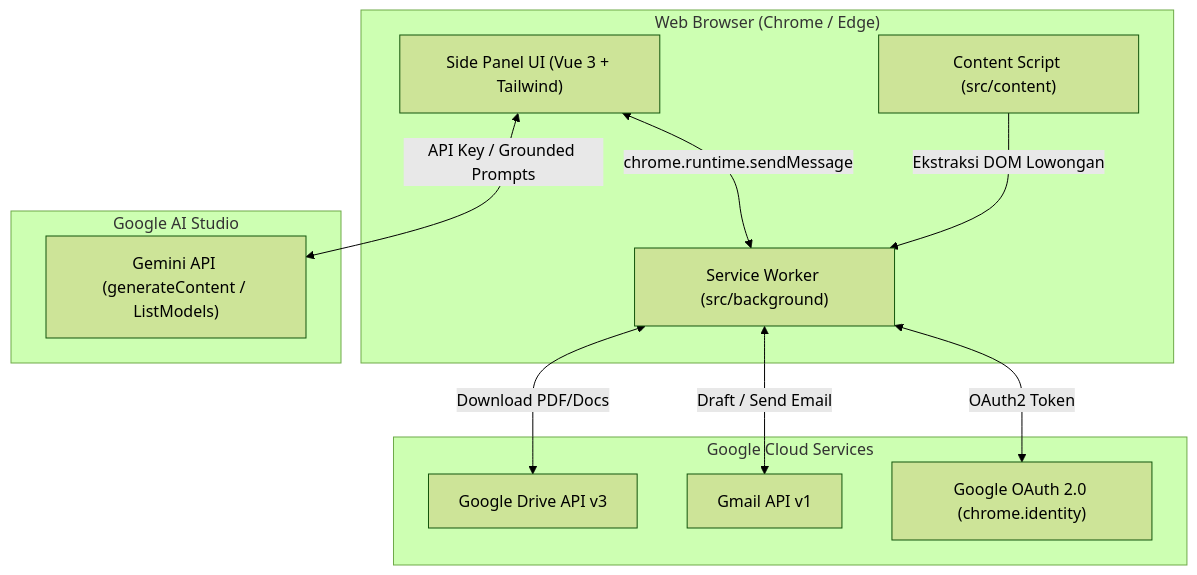
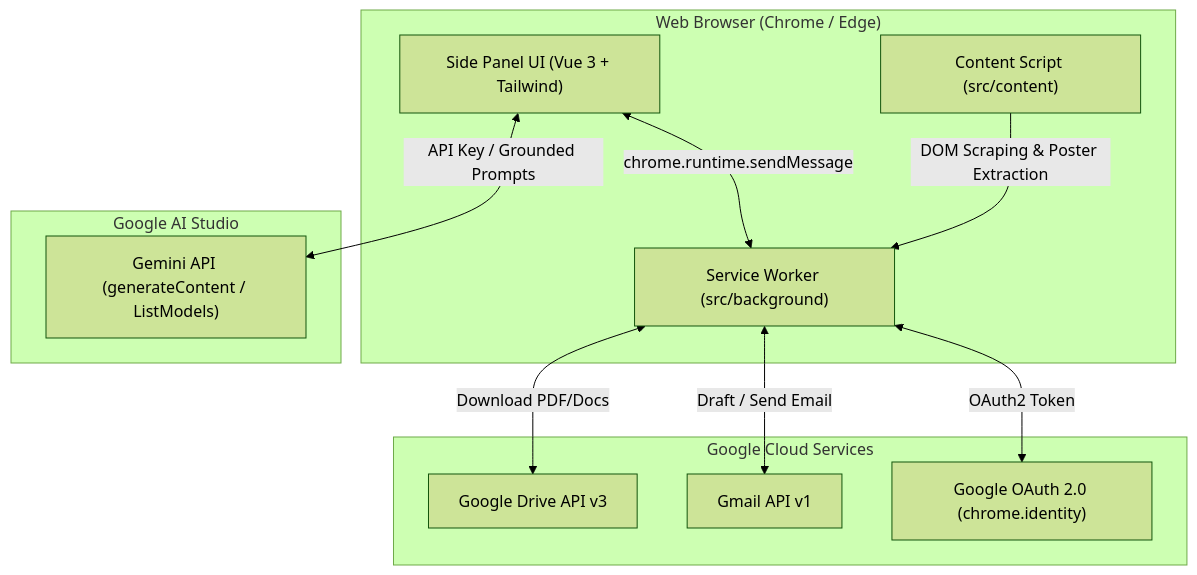
Before and after one commit to IlhamFatahillahR27/job-seek-assistant: the diagram in README.md, drawn with Mermaid (forest theme). The commit also changed other lines of this file and 17 other files, not shown here.

First line of the commit message:
feat: add Instagram scraper and enhance job extraction with poster images

````diff
--- a/README.md
+++ b/README.md
@@ -52,22 +53,22 @@
 ```mermaid
 flowchart TD
     subgraph Browser["Web Browser (Chrome / Edge)"]
-        CS["Content Script (src/content)"] -- Ekstraksi DOM Lowongan --> BG["Service Worker (src/background)"]
+        CS["Content Script (src/content)"] -- DOM Scraping & Poster Extraction --> BG["Service Worker (src/background)"]
         SP["Side Panel UI (Vue 3 + Tailwind)"] <-->|chrome.runtime.sendMessage| BG
     end
 
     subgraph GoogleCloud["Google Cloud Services"]
         DriveAPI["Google Drive API v3"]
         GmailAPI["Gmail API v1"]
         OAuth["Google OAuth 2.0 (chrome.identity)"]
     end
 
     subgraph AIService["Google AI Studio"]
         Gemini["Gemini API (generateContent / ListModels)"]
     end
 
     BG <-->|OAuth2 Token| OAuth
     BG <-->|Download PDF/Docs| DriveAPI
     BG <-->|Draft / Send Email| GmailAPI
     SP <-->|API Key / Grounded Prompts| Gemini
 ```
````
